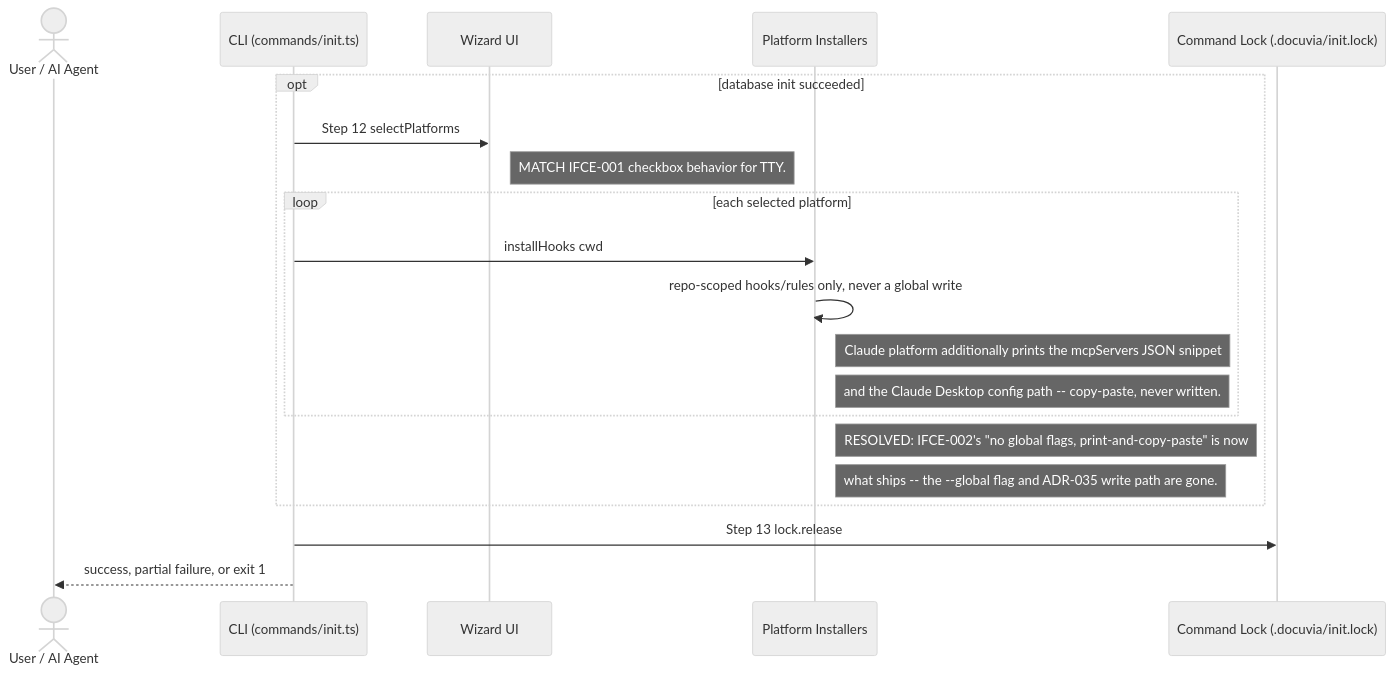
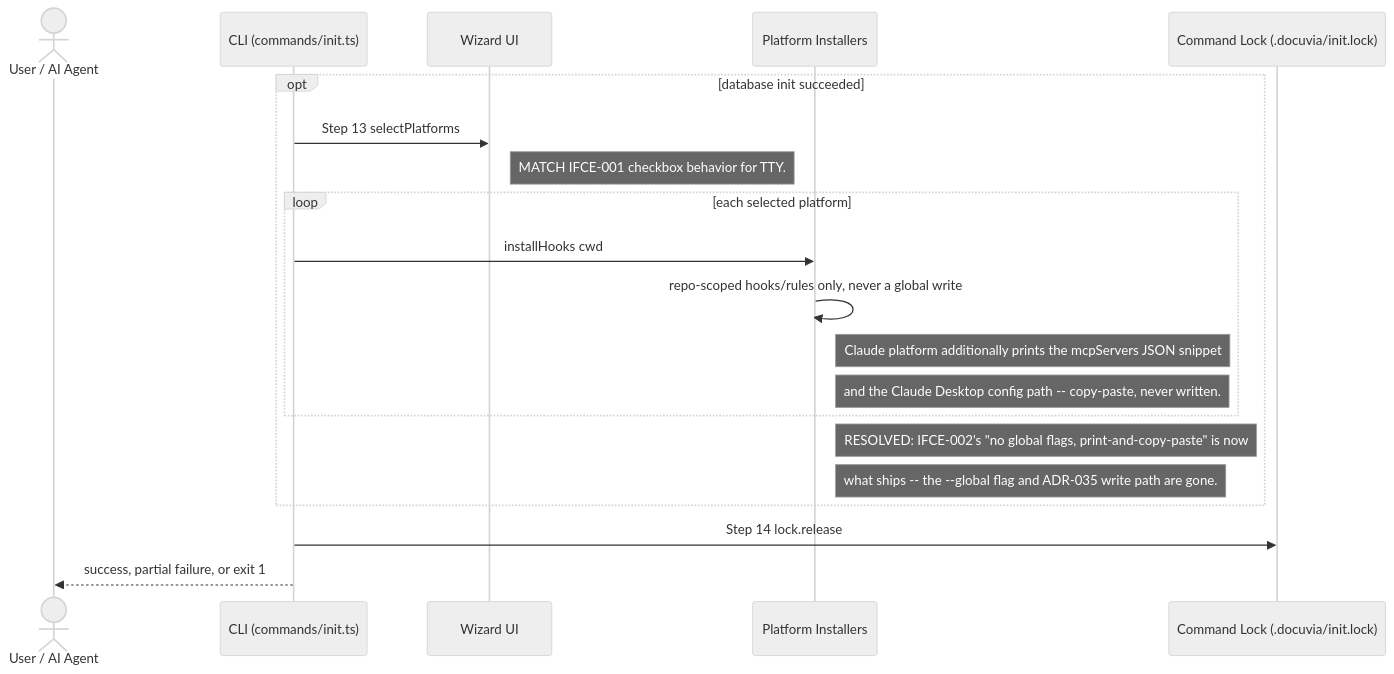
One commit to dyphn1/Docuvia changed the sixth of 6 diagrams in docs/gitbook/workflows/init-execution-flow.md. Above: the diagram before and after it, drawn with Mermaid (neutral theme). The commit also changed other lines of this file and 10 other files, not shown here.

````diff
--- a/docs/gitbook/workflows/init-execution-flow.md
+++ b/docs/gitbook/workflows/init-execution-flow.md
@@ -145,24 +155,24 @@
 ```mermaid
 sequenceDiagram
     actor User as User / AI Agent
     participant CLI as CLI (commands/init.ts)
     participant Wizard as Wizard UI
     participant Plat as Platform Installers
     participant Lock as Command Lock (.docuvia/init.lock)
 
     opt database init succeeded
-        CLI->>Wizard: Step 12 selectPlatforms
+        CLI->>Wizard: Step 13 selectPlatforms
         Note right of Wizard: MATCH IFCE-001 checkbox behavior for TTY.
         loop each selected platform
             CLI->>Plat: installHooks cwd
             Plat->>Plat: repo-scoped hooks/rules only, never a global write
             Note right of Plat: Claude platform additionally prints the mcpServers JSON snippet
             Note right of Plat: and the Claude Desktop config path -- copy-paste, never written.
         end
         Note right of Plat: RESOLVED: IFCE-002's "no global flags, print-and-copy-paste" is now
         Note right of Plat: what ships -- the --global flag and ADR-035 write path are gone.
     end
 
-    CLI->>Lock: Step 13 lock.release
+    CLI->>Lock: Step 14 lock.release
     CLI-->>User: success, partial failure, or exit 1
 ```
````
